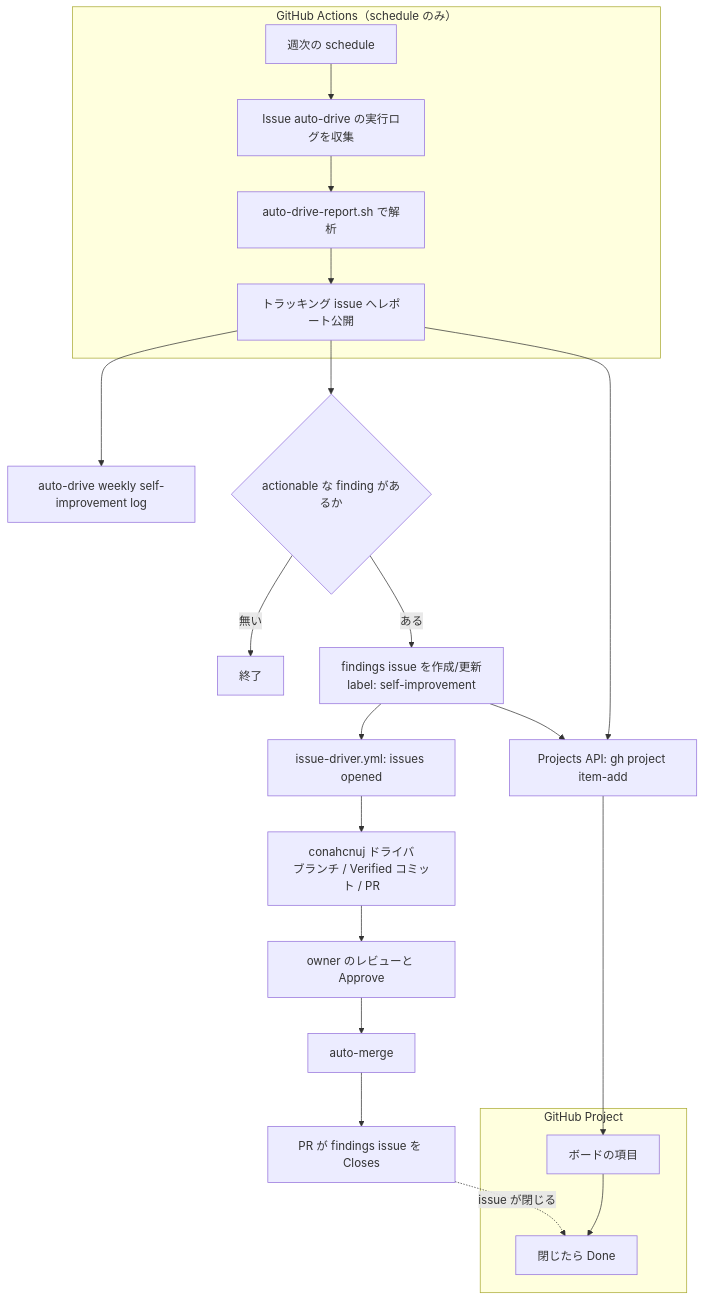
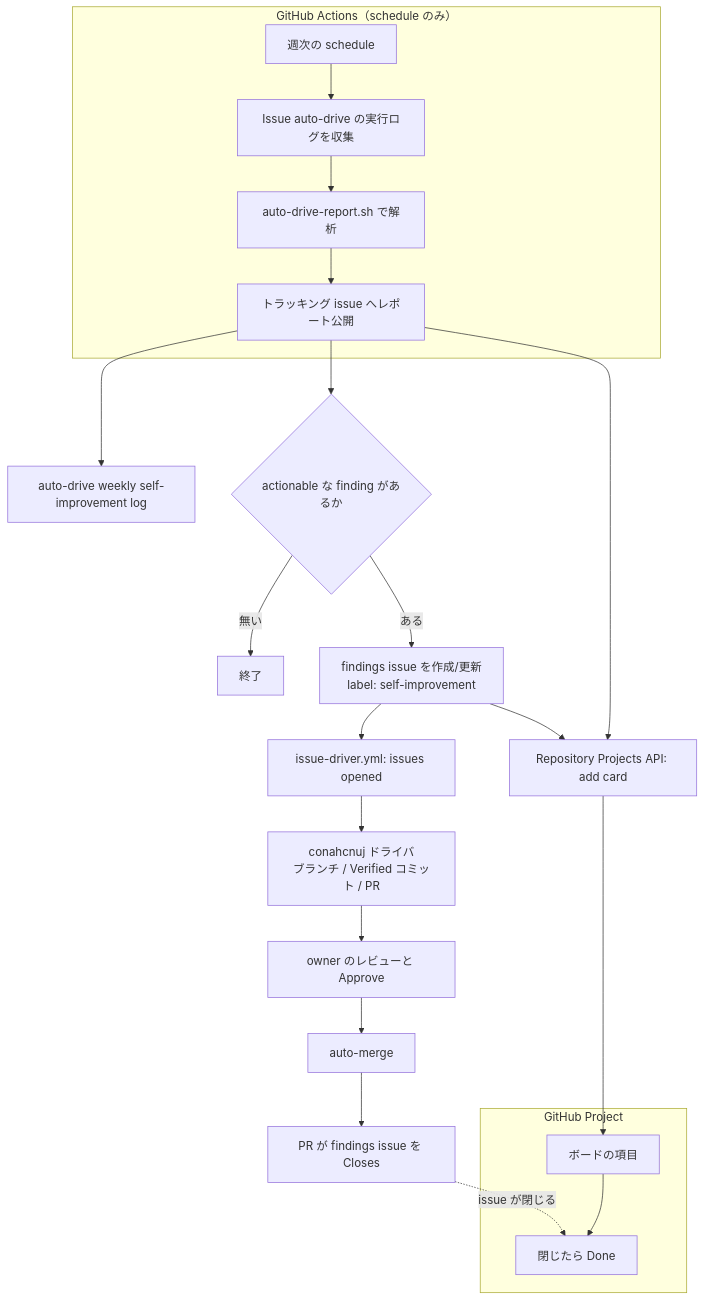
The diagram in docs/self-improvement.md (nahcnuj/conahcnuj), drawn with Mermaid before and after one commit. The commit also changed other lines of this file and 6 other files, not shown here.

Commit message:
auto-drive: use classic repository Projects with the App token

````diff
--- a/docs/self-improvement.md
+++ b/docs/self-improvement.md
@@ -16,27 +16,27 @@
 ```mermaid
 flowchart TD
     subgraph actions["GitHub Actions（schedule のみ）"]
         S[週次の schedule] --> C[Issue auto-drive の実行ログを収集]
         C --> R[auto-drive-report.sh で解析]
         R --> P[トラッキング issue へレポート公開]
     end
 
     P --> T[auto-drive weekly self-improvement log]
     P --> Q{actionable な finding があるか}
     Q -- 無い --> Z[終了]
     Q -- ある --> F[findings issue を作成/更新<br>label: self-improvement]
 
     subgraph project["GitHub Project"]
         B[ボードの項目] --> D[閉じたら Done]
     end
 
-    P --> A[Projects API: gh project item-add]
+    P --> A[Repository Projects API: add card]
     F --> A
     A --> B
     F --> I[issue-driver.yml: issues opened]
     I --> DR[conahcnuj ドライバ<br>ブランチ / Verified コミット / PR]
     DR --> O[owner のレビューと Approve]
     O --> M[auto-merge]
     M --> X[PR が findings issue を Closes]
     X -. issue が閉じる .-> D
 ```
````
